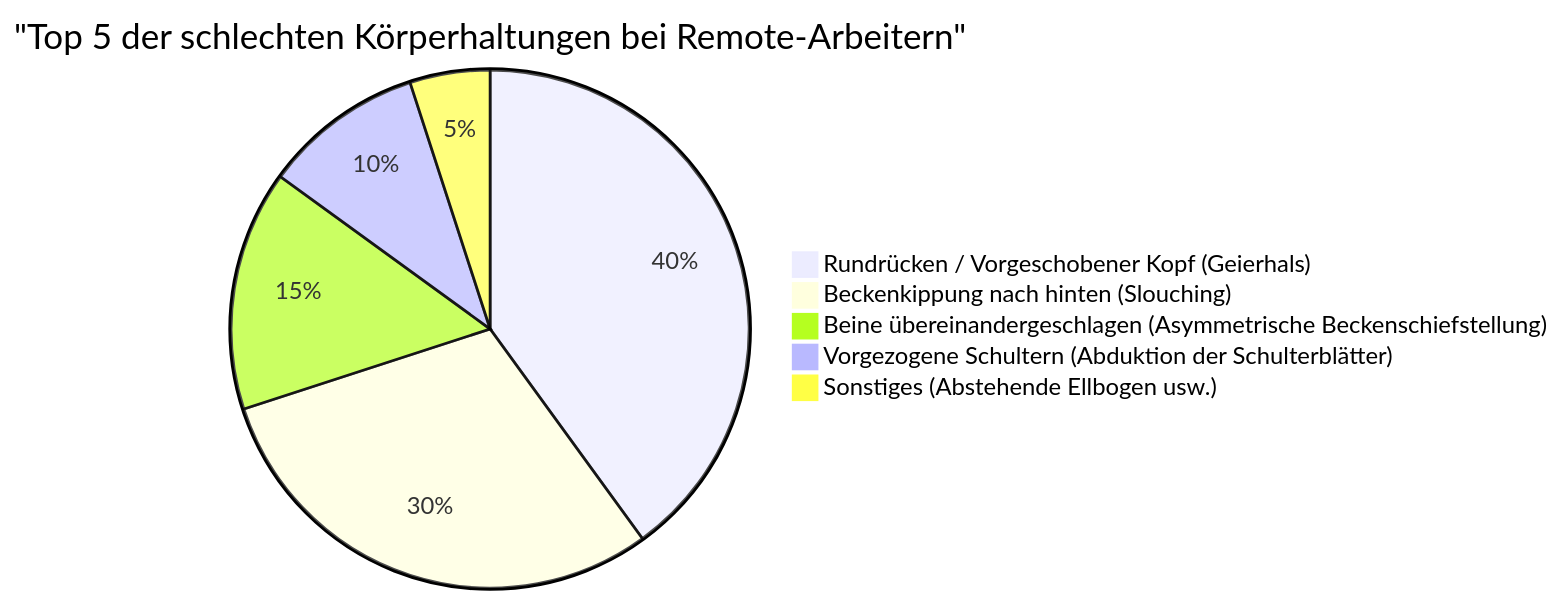
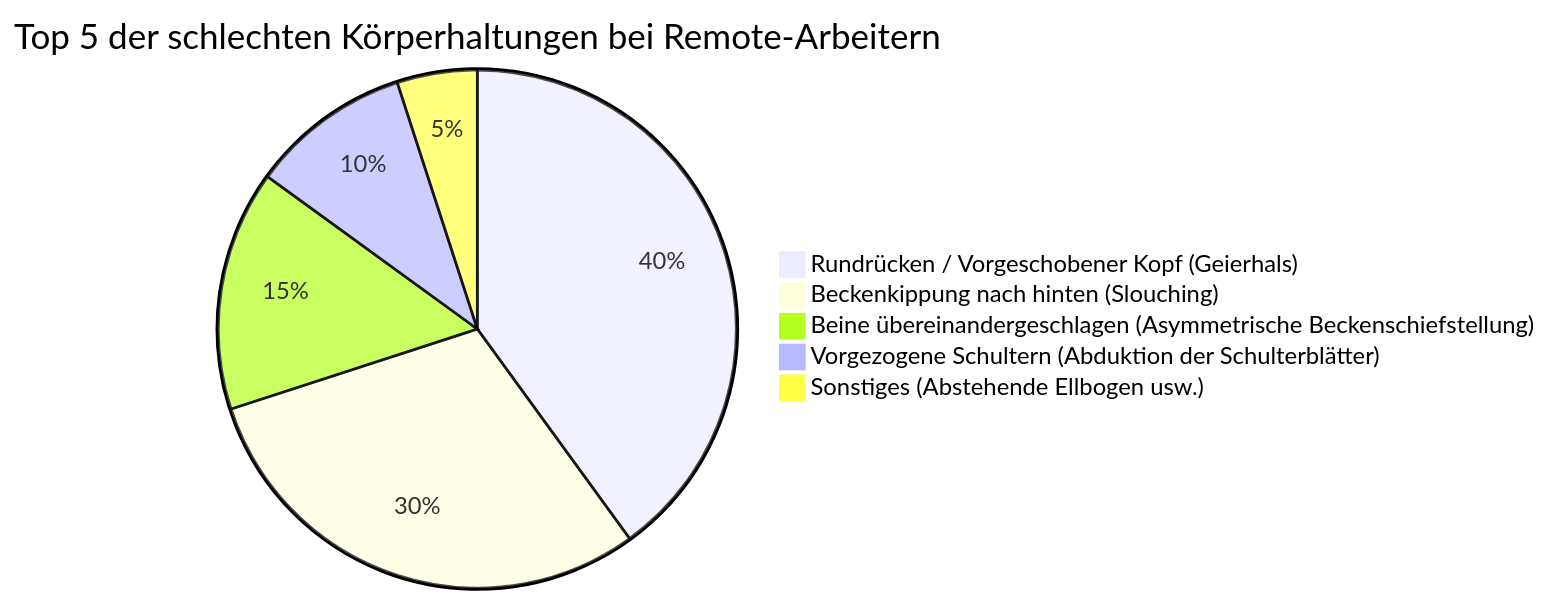
One commit to kenjinote/blog changed the second of 2 diagrams in content/post/ergonomic_chairs/index.de.md. Above: the diagram before and after it, drawn with Mermaid. The commit also changed other lines of this file and 703 other files, not shown here.

Commit message:
Fix: Remove quotes from Mermaid link texts and timeline definitions to support Mermaid 11.4.1

````diff
--- a/content/post/ergonomic_chairs/index.de.md
+++ b/content/post/ergonomic_chairs/index.de.md
@@ -135,8 +135,8 @@
 ```mermaid
-pie title "Top 5 der schlechten Körperhaltungen bei Remote-Arbeitern"
+pie title Top 5 der schlechten Körperhaltungen bei Remote-Arbeitern
     "Rundrücken / Vorgeschobener Kopf (Geierhals)" : 40
     "Beckenkippung nach hinten (Slouching)" : 30
     "Beine übereinandergeschlagen (Asymmetrische Beckenschiefstellung)" : 15
     "Vorgezogene Schultern (Abduktion der Schulterblätter)" : 10
     "Sonstiges (Abstehende Ellbogen usw.)" : 5
 ```
````
